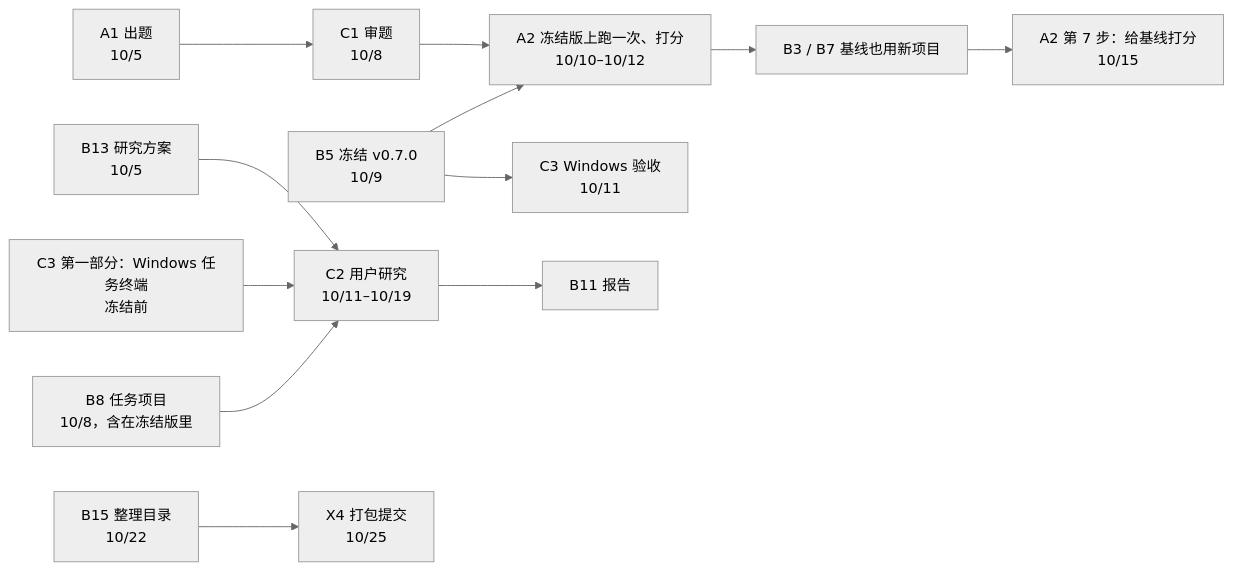
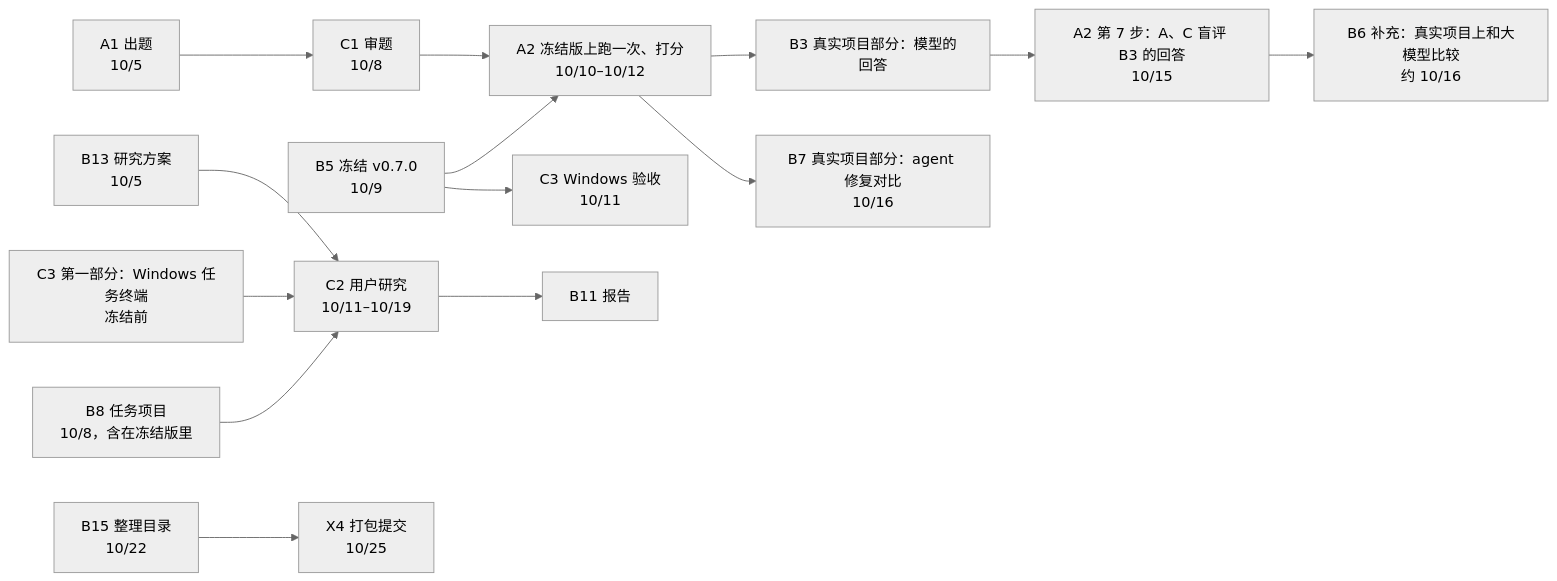
Before and after one commit to ZihangHe13123/FixFirst: the diagram in docs/tasks/README.md, drawn with Mermaid (neutral theme). The commit also changed other lines of this file and 5 other files, not shown here.

````diff
--- a/docs/tasks/README.md
+++ b/docs/tasks/README.md
@@ -74,11 +74,12 @@
 ```mermaid
 flowchart LR
   A1["A1 出题<br/>10/5"] --> C1["C1 审题<br/>10/8"] --> A2["A2 冻结版上跑一次、打分<br/>10/10–10/12"]
   B5["B5 冻结 v0.7.0<br/>10/9"] --> A2
-  A2 --> B3["B3 / B7 基线也用新项目"] --> A2s["A2 第 7 步：给基线打分<br/>10/15"]
+  A2 --> B3r["B3 真实项目部分：模型的回答"] --> A2s["A2 第 7 步：A、C 盲评 B3 的回答<br/>10/15"] --> B6r["B6 补充：真实项目上和大模型比较<br/>约 10/16"]
+  A2 --> B7r["B7 真实项目部分：agent 修复对比<br/>10/16"]
   B13["B13 研究方案<br/>10/5"] --> C2["C2 用户研究<br/>10/11–10/19"]
   C3a["C3 第一部分：Windows 任务终端<br/>冻结前"] --> C2
   B8["B8 任务项目<br/>10/8，含在冻结版里"] --> C2 --> B11["B11 报告"]
   B5 --> C3["C3 Windows 验收<br/>10/11"]
   B15["B15 整理目录<br/>10/22"] --> X4["X4 打包提交<br/>10/25"]
 ```
````
